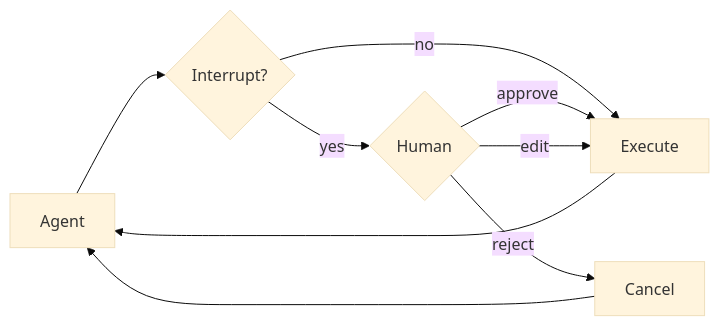
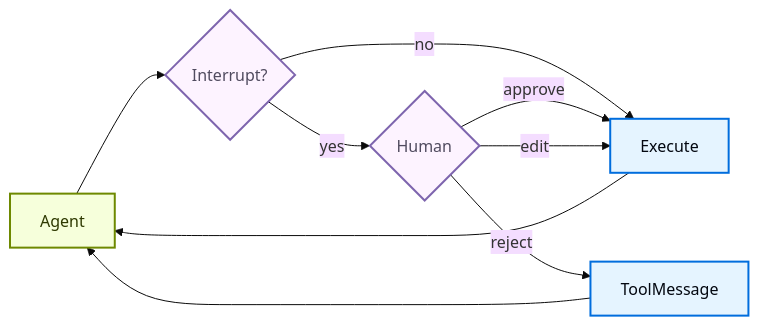
Before and after one commit to tom1299/docs: the diagram in build/oss/javascript/deepagents/human-in-the-loop.mdx, drawn with Mermaid (base theme). The commit also changed other lines of this file and 6550 other files, not shown here.

````diff
--- a/build/oss/javascript/deepagents/human-in-the-loop.mdx
+++ b/build/oss/javascript/deepagents/human-in-the-loop.mdx
@@ -8,13 +15,23 @@
 ```mermaid
 graph LR
     Agent[Agent] --> Check{Interrupt?}
     Check --> |no| Execute[Execute]
     Check --> |yes| Human{Human}
 
     Human --> |approve| Execute
     Human --> |edit| Execute
-    Human --> |reject| Cancel[Cancel]
+    Human --> |reject| ToolMessage[ToolMessage]
 
     Execute --> Agent
-    Cancel --> Agent
+    ToolMessage --> Agent
+
+    classDef trigger fill:#F6FFDB,stroke:#6E8900,stroke-width:2px,color:#2E3900
+    classDef process fill:#E5F4FF,stroke:#006DDD,stroke-width:2px,color:#030710
+    classDef decision fill:#FDF3FF,stroke:#7E65AE,stroke-width:2px,color:#504B5F
+    classDef alert fill:#F8E8E6,stroke:#B27D75,stroke-width:2px,color:#634643
+
+    class Agent trigger
+    class Check,Human decision
+    class Execute process
+    class ToolMessage process
 ```
````
